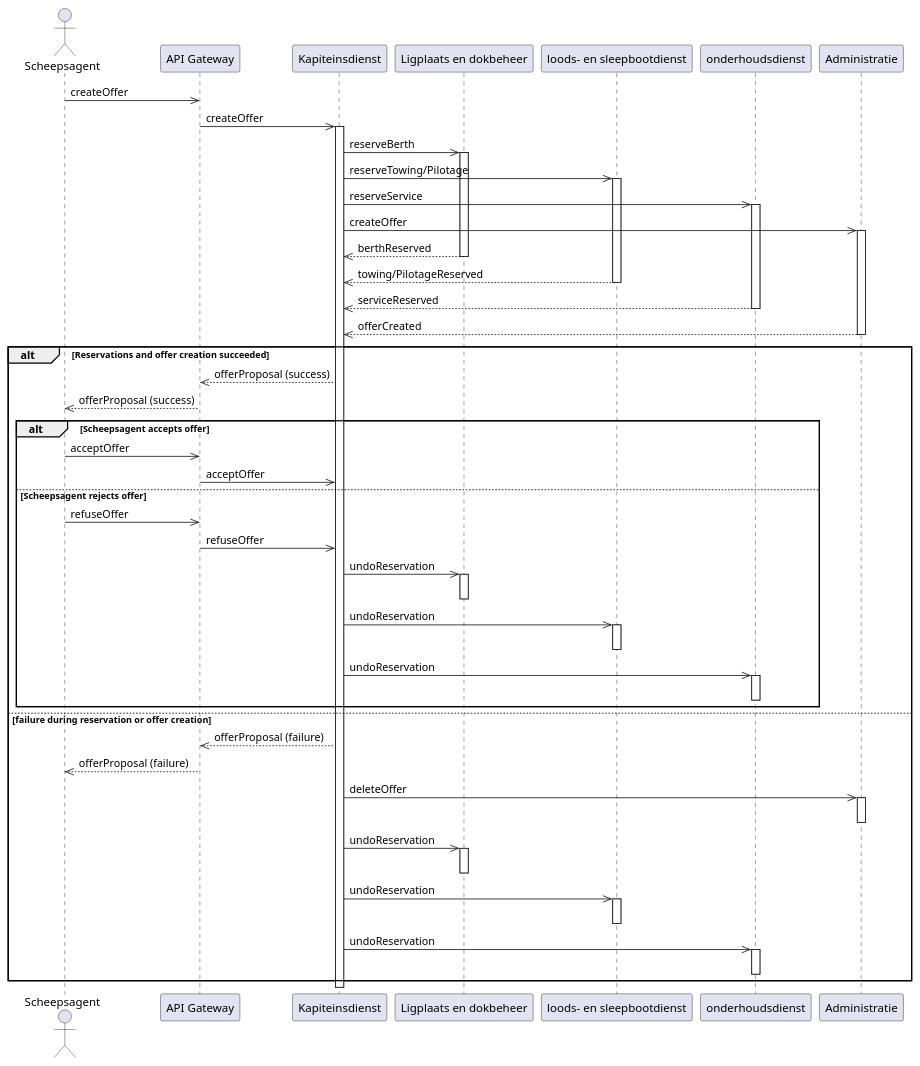
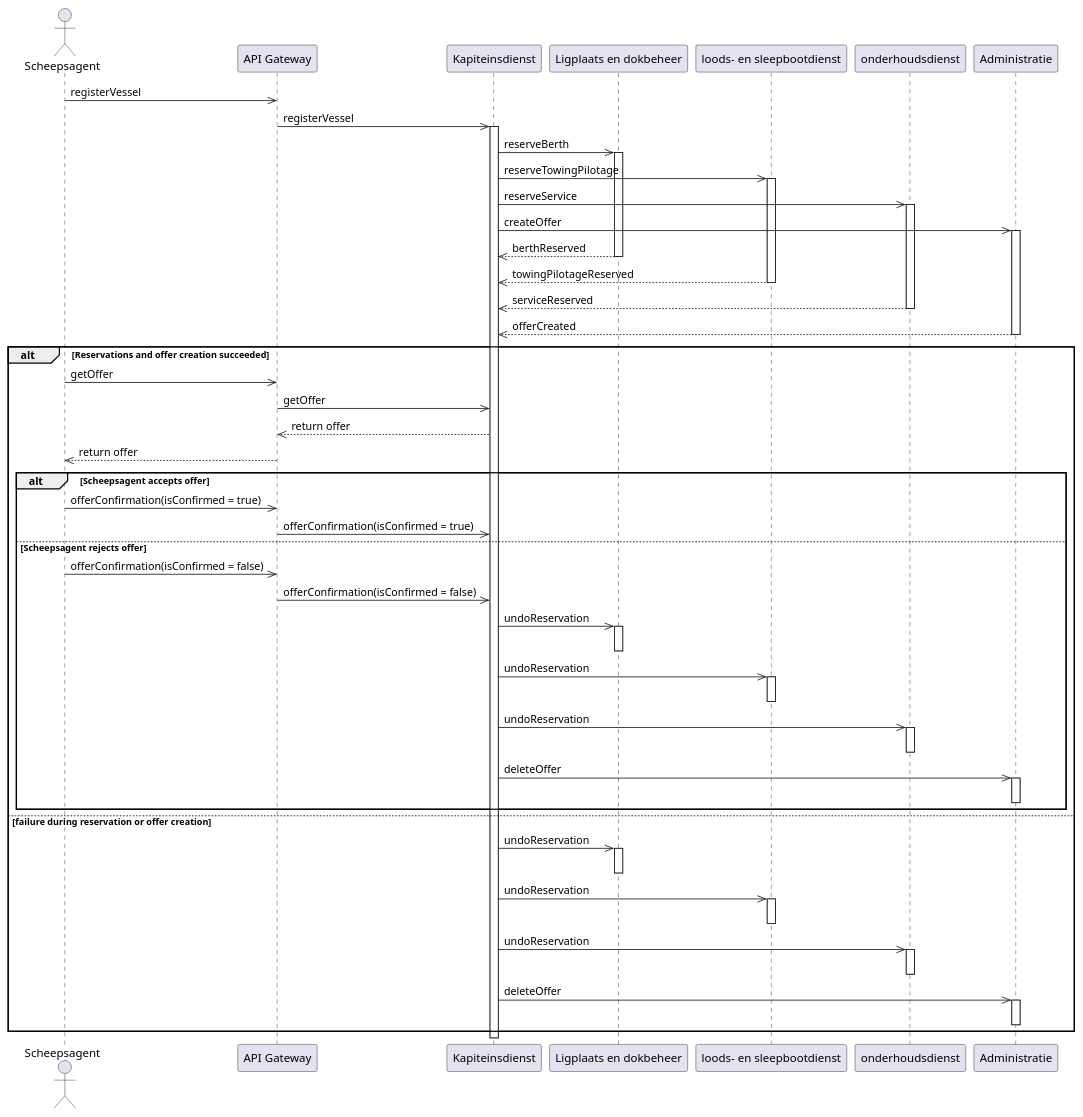
Before and after one commit to BavoAndriessen/project-sysdes: the diagram in sequentie_serviceinteractie_1.puml, drawn with PlantUML. The commit also changed 1 other file, not shown here.

Commit message:
aanpassing sequentiediagram

```diff
--- a/sequentie_serviceinteractie_1.puml
+++ b/sequentie_serviceinteractie_1.puml
@@ -1,71 +1,76 @@
 @startuml aanmelding van een binnenvaart
 
 actor Scheepsagent
-Scheepsagent ->> "API Gateway": createOffer
-"API Gateway" ->> Kapiteinsdienst: createOffer
+Scheepsagent ->> "API Gateway": registerVessel
+"API Gateway" ->> Kapiteinsdienst: registerVessel
 activate Kapiteinsdienst
 
 Kapiteinsdienst ->> "Ligplaats en dokbeheer": reserveBerth
 activate "Ligplaats en dokbeheer"
-Kapiteinsdienst ->> "loods- en sleepbootdienst": reserveTowing/Pilotage
+Kapiteinsdienst ->> "loods- en sleepbootdienst": reserveTowingPilotage
 activate "loods- en sleepbootdienst"
 Kapiteinsdienst ->> onderhoudsdienst: reserveService
 activate "onderhoudsdienst"
 Kapiteinsdienst ->> Administratie: createOffer
 activate "Administratie"
 
 Kapiteinsdienst <<-- "Ligplaats en dokbeheer": berthReserved
 deactivate "Ligplaats en dokbeheer"
-Kapiteinsdienst <<-- "loods- en sleepbootdienst": towing/PilotageReserved
+Kapiteinsdienst <<-- "loods- en sleepbootdienst": towingPilotageReserved
 deactivate "loods- en sleepbootdienst"
 Kapiteinsdienst <<-- onderhoudsdienst: serviceReserved
 deactivate "onderhoudsdienst"
 Kapiteinsdienst <<-- Administratie: offerCreated
 deactivate "Administratie"
 
 
 
 alt Reservations and offer creation succeeded
-    Kapiteinsdienst -->> "API Gateway": offerProposal (success)
-    "API Gateway" -->> Scheepsagent: offerProposal (success)
+    Scheepsagent ->> "API Gateway": getOffer
+    "API Gateway" ->> Kapiteinsdienst: getOffer
+
+    Kapiteinsdienst -->> "API Gateway": return offer
+    "API Gateway" -->> Scheepsagent: return offer
 
     
 
     alt Scheepsagent accepts offer
-        Scheepsagent ->> "API Gateway": acceptOffer
-        "API Gateway" ->> Kapiteinsdienst: acceptOffer
+        Scheepsagent ->> "API Gateway": offerConfirmation(isConfirmed = true)
+        "API Gateway" ->> Kapiteinsdienst: offerConfirmation(isConfirmed = true)
         
     else Scheepsagent rejects offer
-        Scheepsagent ->> "API Gateway": refuseOffer
-        "API Gateway" ->> Kapiteinsdienst: refuseOffer
+        Scheepsagent ->> "API Gateway": offerConfirmation(isConfirmed = false)
+        "API Gateway" ->> Kapiteinsdienst: offerConfirmation(isConfirmed = false)
         Kapiteinsdienst ->> "Ligplaats en dokbeheer": undoReservation
         activate "Ligplaats en dokbeheer"
         deactivate "Ligplaats en dokbeheer"
         Kapiteinsdienst ->> "loods- en sleepbootdienst": undoReservation
         activate "loods- en sleepbootdienst"
         deactivate "loods- en sleepbootdienst"
         Kapiteinsdienst ->> "onderhoudsdienst": undoReservation
         activate "onderhoudsdienst"
         deactivate "onderhoudsdienst"
+        Kapiteinsdienst ->> "Administratie": deleteOffer
+        activate "Administratie"
+        deactivate "Administratie"
     end
 
 else failure during reservation or offer creation
-    Kapiteinsdienst -->> "API Gateway": offerProposal (failure)
-    "API Gateway" -->> Scheepsagent: offerProposal (failure)
     
-    Kapiteinsdienst ->> "Administratie": deleteOffer
-    activate "Administratie"
-    deactivate "Administratie"
+    
     Kapiteinsdienst ->> "Ligplaats en dokbeheer": undoReservation
     activate "Ligplaats en dokbeheer"
     deactivate "Ligplaats en dokbeheer"
     Kapiteinsdienst ->> "loods- en sleepbootdienst": undoReservation
     activate "loods- en sleepbootdienst"
     deactivate "loods- en sleepbootdienst"
     Kapiteinsdienst ->> "onderhoudsdienst": undoReservation
     activate "onderhoudsdienst"
     deactivate "onderhoudsdienst"
+    Kapiteinsdienst ->> "Administratie": deleteOffer
+    activate "Administratie"
+    deactivate "Administratie"
 end
 
 
 @enduml
```
